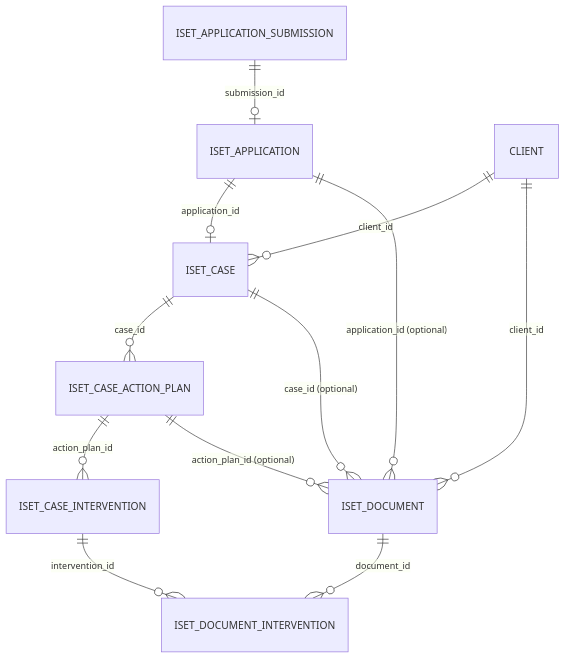
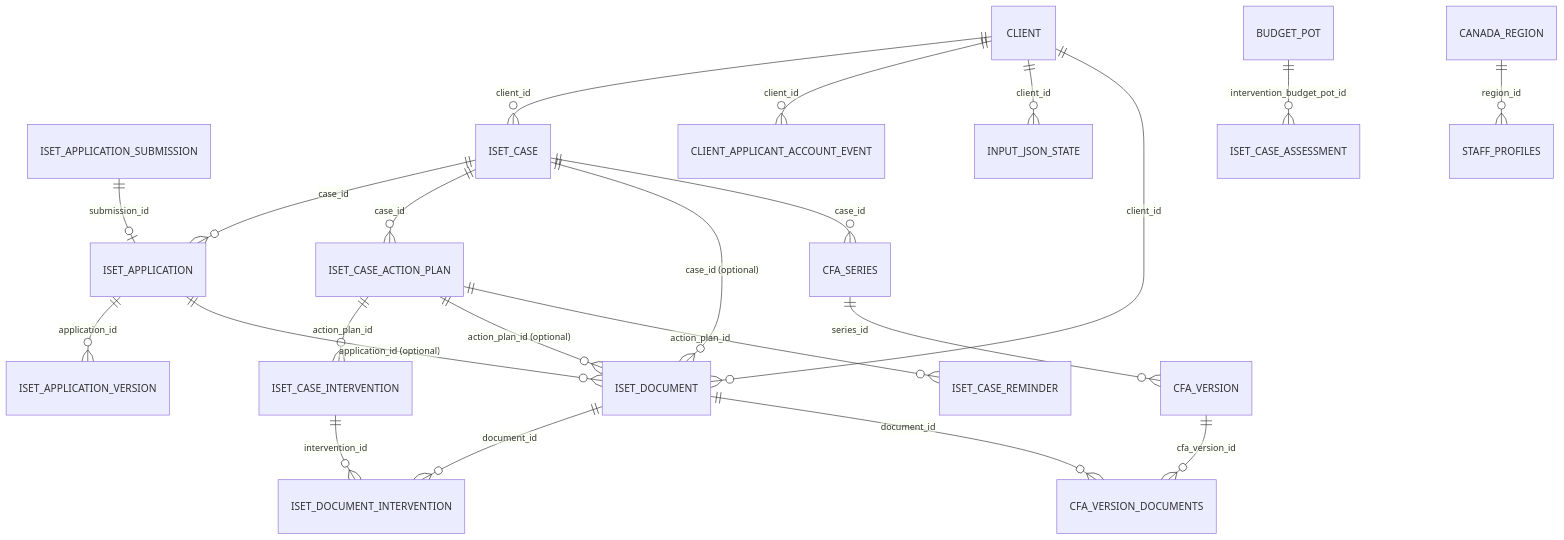
Before and after one commit to BrimborionInc/iset_admin_dashboard: the diagram in docs/data/database-overview.md, drawn with Mermaid. The commit also changed other lines of this file and 103 other files, not shown here.

````diff
--- a/docs/data/database-overview.md
+++ b/docs/data/database-overview.md
@@ -17,14 +17,24 @@
 ```mermaid
 erDiagram
   ISET_APPLICATION_SUBMISSION ||--o| ISET_APPLICATION : "submission_id"
-  ISET_APPLICATION ||--o| ISET_CASE : "application_id"
+  ISET_CASE ||--o{ ISET_APPLICATION : "case_id"
+  ISET_APPLICATION ||--o{ ISET_APPLICATION_VERSION : "application_id"
   CLIENT ||--o{ ISET_CASE : "client_id"
   ISET_CASE ||--o{ ISET_CASE_ACTION_PLAN : "case_id"
   ISET_CASE_ACTION_PLAN ||--o{ ISET_CASE_INTERVENTION : "action_plan_id"
+  CLIENT ||--o{ CLIENT_APPLICANT_ACCOUNT_EVENT : "client_id"
+  CLIENT ||--o{ INPUT_JSON_STATE : "client_id"
   CLIENT ||--o{ ISET_DOCUMENT : "client_id"
   ISET_APPLICATION ||--o{ ISET_DOCUMENT : "application_id (optional)"
   ISET_CASE ||--o{ ISET_DOCUMENT : "case_id (optional)"
   ISET_CASE_ACTION_PLAN ||--o{ ISET_DOCUMENT : "action_plan_id (optional)"
+  BUDGET_POT ||--o{ ISET_CASE_ASSESSMENT : "intervention_budget_pot_id"
+  ISET_CASE_ACTION_PLAN ||--o{ ISET_CASE_REMINDER : "action_plan_id"
+  CANADA_REGION ||--o{ STAFF_PROFILES : "region_id"
   ISET_DOCUMENT ||--o{ ISET_DOCUMENT_INTERVENTION : "document_id"
   ISET_CASE_INTERVENTION ||--o{ ISET_DOCUMENT_INTERVENTION : "intervention_id"
+  ISET_CASE ||--o{ CFA_SERIES : "case_id"
+  CFA_SERIES ||--o{ CFA_VERSION : "series_id"
+  CFA_VERSION ||--o{ CFA_VERSION_DOCUMENTS : "cfa_version_id"
+  ISET_DOCUMENT ||--o{ CFA_VERSION_DOCUMENTS : "document_id"
 ```
````
